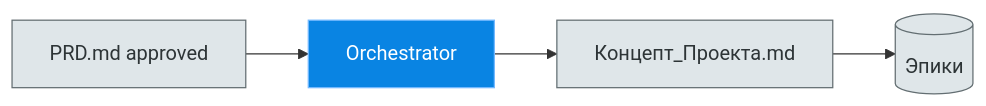
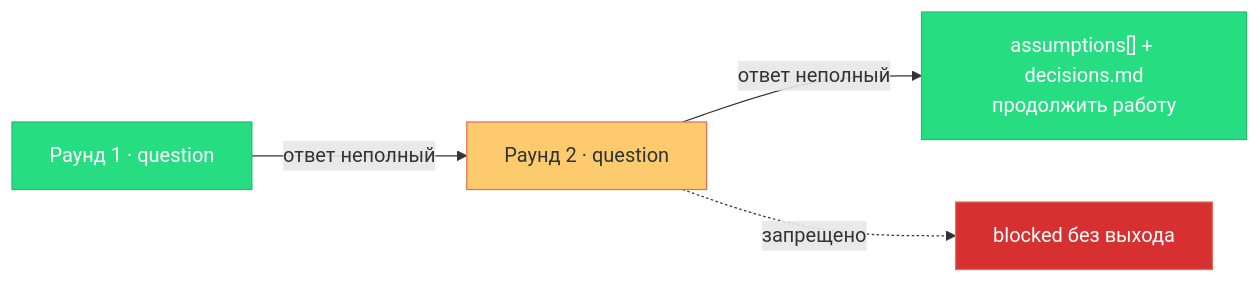
Before and after one commit to GreyKxtx/Orchestra: diagram 19 of 21 in docs/architecture/orchestra-routing.md, drawn with Mermaid. The commit also changed other lines of this file and 108 other files, not shown here.

````diff
--- a/docs/architecture/orchestra-routing.md
+++ b/docs/architecture/orchestra-routing.md
@@ -614,12 +1750,15 @@
 ```mermaid
 flowchart LR
-    classDef artifact fill:#dfe6e9,stroke:#636e72,color:#2d3436
-    classDef pm fill:#0984e3,stroke:#74b9ff,color:#fff
+    classDef ok fill:#26de81,stroke:#20bf6b,color:#fff
+    classDef warn fill:#fdcb6e,stroke:#e17055,color:#2d3436
+    classDef bad fill:#d63031,stroke:#e17055,color:#fff
 
-    PRD["PRD.md approved"]:::artifact
-    Orch["Orchestrator"]:::pm
-    Concept["Концепт_Проекта.md"]:::artifact
-    Epics[("Эпики")]:::artifact
+    Q1["Раунд 1 · question"]:::ok
+    Q2["Раунд 2 · question"]:::warn
+    A["assumptions[] + decisions.md<br>продолжить работу"]:::ok
+    D["blocked без выхода"]:::bad
 
-    PRD --> Orch --> Concept --> Epics
+    Q1 -->|"ответ неполный"| Q2
+    Q2 -->|"ответ неполный"| A
+    Q2 -.->|"запрещено"| D
 ```
````
